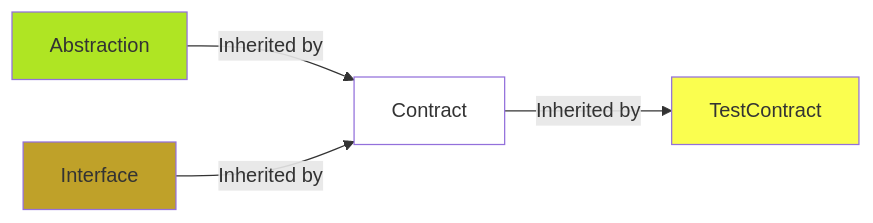
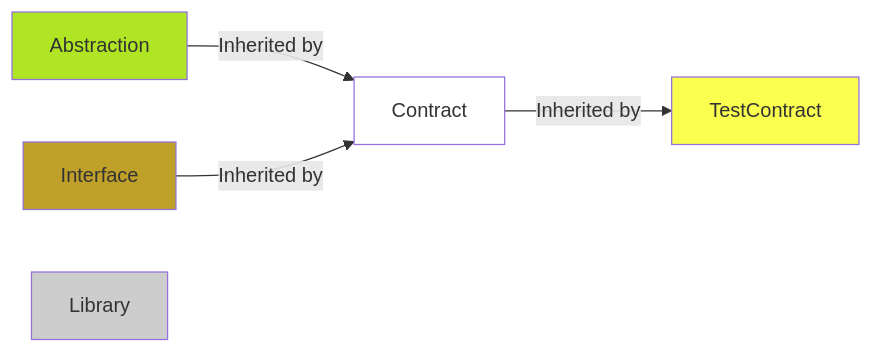
One commit to statechannels/statechannels changed the second of 2 diagrams in packages/nitro-protocol/contracts/inheritance-graph.md. Above: the diagram before and after it, drawn with Mermaid. The commit also changed other lines of this file, not shown here.

Commit message:
Insert all contracts into inheritance graph

````diff
--- a/packages/nitro-protocol/contracts/inheritance-graph.md
+++ b/packages/nitro-protocol/contracts/inheritance-graph.md
@@ -30,15 +64,18 @@
 ```mermaid
 graph LR
 linkStyle default interpolate basis
 Abstraction-->|Inherited by| Contract
 Contract-->|Inherited by| TestContract
 Interface-->|Inherited by| Contract
+Library
 classDef Contract fill:#ffffff;
 classDef Abstraction fill:#afe523;
 classDef TestContract fill:#fafe4f;
 classDef Interface fill:#bfa129;
+classDef Library fill:#bbbb;
+class Library Library;
 class Abstraction Abstraction;
 class Contract Contract;
 class TestContract TestContract;
 class Interface Interface;
 ```
````
